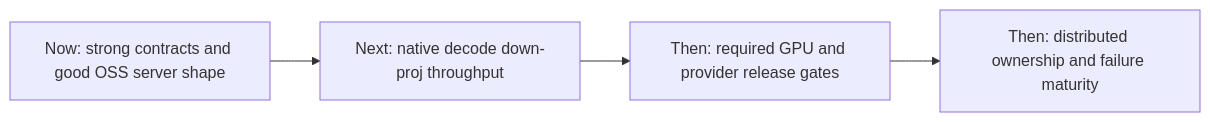
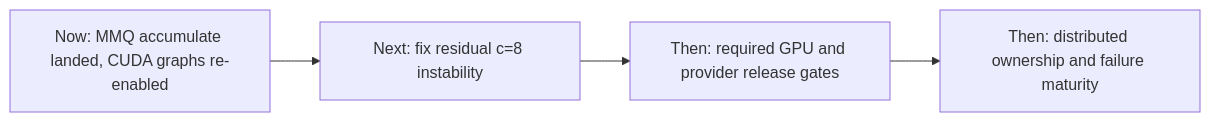
The diagram in docs/Roadmap.md (vjsingh1984/inferflux), drawn with Mermaid before and after one commit. The commit also changed other lines of this file and 8 other files, not shown here.

First line of the commit message:
Update docs to reflect MMQ accumulate, lane overlap fixes, and new benchmarks

````diff
--- a/docs/Roadmap.md
+++ b/docs/Roadmap.md
@@ -7,6 +7,6 @@
 ```mermaid
 flowchart LR
-    A[Now: strong contracts and good OSS server shape] --> B[Next: native decode down-proj throughput]
+    A[Now: MMQ accumulate landed, CUDA graphs re-enabled] --> B[Next: fix residual c=8 instability]
     B --> C[Then: required GPU and provider release gates]
     C --> D[Then: distributed ownership and failure maturity]
 ```
````
